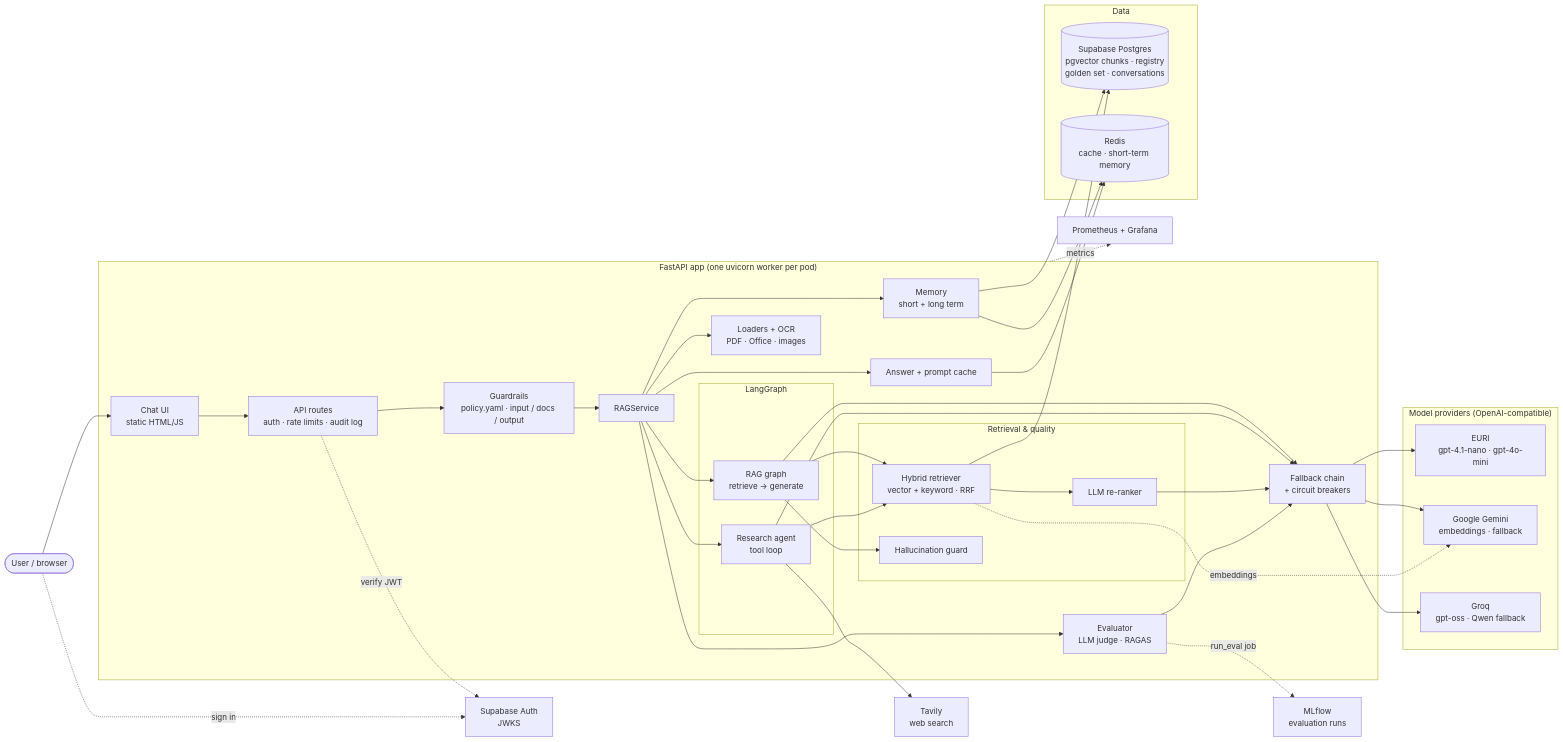
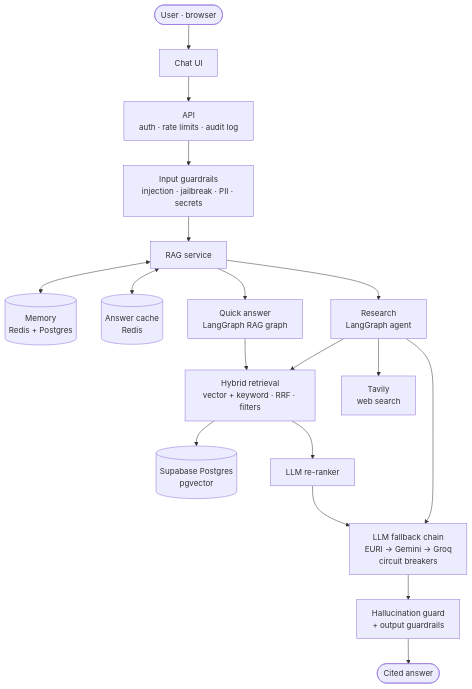
The first of 4 diagrams in README.md (dhoraaiengineer-ai/Gen_AI_Projects), drawn with Mermaid before and after one commit. The commit also changed other lines of this file, not shown here.

Commit message:
README: replace the oversized architecture diagram with two simpler ones
GitHub's diagram renderer timed out on the 25-node system overview and showed
'Unable to render rich display'. Split into a readable system overview and a
separate document-ingestion flow.

````diff
--- a/README.md
+++ b/README.md
@@ -92,59 +92,20 @@
 ```mermaid
-flowchart LR
-    user([User / browser])
-
-    subgraph app["FastAPI app (one uvicorn worker per pod)"]
-        ui["Chat UI<br/>static HTML/JS"]
-        api["API routes<br/>auth · rate limits · audit log"]
-        gr["Guardrails<br/>policy.yaml · input / docs / output"]
-        svc["RAGService"]
-        subgraph graphs["LangGraph"]
-            rag["RAG graph<br/>retrieve → generate"]
-            agent["Research agent<br/>tool loop"]
-        end
-        subgraph rag_core["Retrieval & quality"]
-            ret["Hybrid retriever<br/>vector + keyword · RRF"]
-            rr["LLM re-ranker"]
-            guard["Hallucination guard"]
-        end
-        mem["Memory<br/>short + long term"]
-        cache["Answer + prompt cache"]
-        ev["Evaluator<br/>LLM judge · RAGAS"]
-        ocr["Loaders + OCR<br/>PDF · Office · images"]
-        breaker["Fallback chain<br/>+ circuit breakers"]
-    end
-
-    subgraph data["Data"]
-        pg[("Supabase Postgres<br/>pgvector chunks · registry<br/>golden set · conversations")]
-        redis[("Redis<br/>cache · short-term memory")]
-    end
-
-    subgraph llm["Model providers (OpenAI-compatible)"]
-        euri["EURI<br/>gpt-4.1-nano · gpt-4o-mini"]
-        gemini["Google Gemini<br/>embeddings · fallback"]
-        groq["Groq<br/>gpt-oss · Qwen fallback"]
-    end
-
-    tavily["Tavily<br/>web search"]
-    supa["Supabase Auth<br/>JWKS"]
-    obs["Prometheus + Grafana"]
-    mlflow["MLflow<br/>evaluation runs"]
-
-    user --> ui --> api
-    user -. sign in .-> supa
-    api -. verify JWT .-> supa
-    api --> gr --> svc
-    svc --> rag & agent & ev & mem & cache & ocr
-    rag --> ret --> rr
-    rag --> guard
+flowchart TB
+    user(["User · browser"]) --> ui["Chat UI"]
+    ui --> api["API<br/>auth · rate limits · audit log"]
+    api --> gin["Input guardrails<br/>injection · jailbreak · PII · secrets"]
+    gin --> svc["RAG service"]
+    svc <--> mem[("Memory<br/>Redis + Postgres")]
+    svc <--> cache[("Answer cache<br/>Redis")]
+    svc --> rag["Quick answer<br/>LangGraph RAG graph"]
+    svc --> agent["Research<br/>LangGraph agent"]
+    rag --> ret["Hybrid retrieval<br/>vector + keyword · RRF · filters"]
     agent --> ret
-    agent --> tavily
-    ret --> pg
-    mem --> redis & pg
-    cache --> redis
-    rag & agent & rr & ev --> breaker
-    breaker --> euri & gemini & groq
-    ret -. embeddings .-> gemini
-    app -. metrics .-> obs
-    ev -. run_eval job .-> mlflow
+    agent --> web["Tavily<br/>web search"]
+    ret --> db[("Supabase Postgres<br/>pgvector")]
+    ret --> rr["LLM re-ranker"]
+    rr --> llm["LLM fallback chain<br/>EURI → Gemini → Groq<br/>circuit breakers"]
+    agent --> llm
+    llm --> out["Hallucination guard<br/>+ output guardrails"]
+    out --> answer(["Cited answer"])
 ```
````
